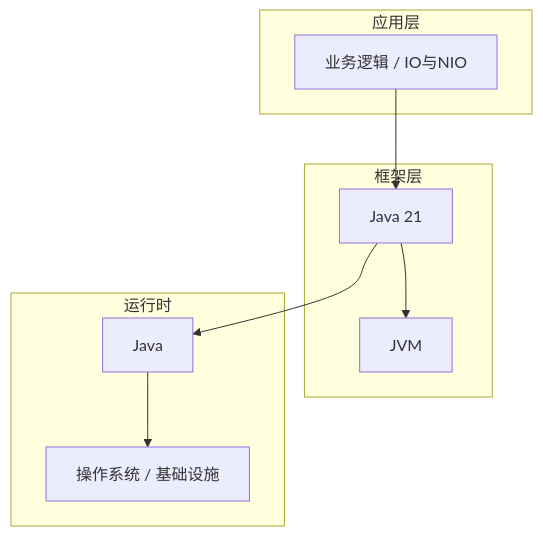
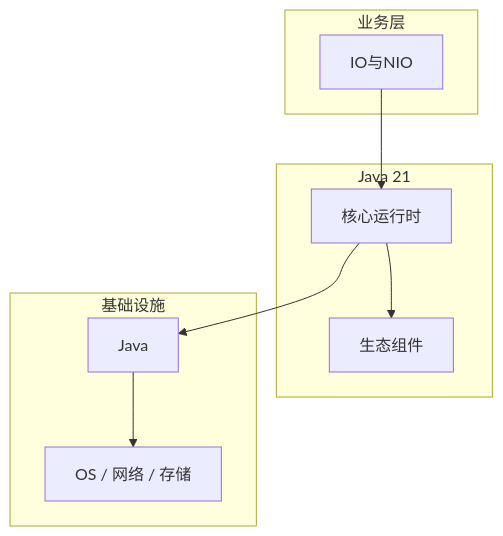
The diagram in articles/Java核心/chapters/071-IO与NIO核心概念与原理.md (yanggan2015/knowledge-json-v2), drawn with Mermaid before and after one commit. The commit also changed other lines of this file and 10127 other files, not shown here.

````diff
--- a/articles/Java核心/chapters/071-IO与NIO核心概念与原理.md
+++ b/articles/Java核心/chapters/071-IO与NIO核心概念与原理.md
@@ -45,18 +34,18 @@
 ```mermaid
 graph TB
-    subgraph 应用层
-        A[业务逻辑 / IO与NIO]
+    subgraph 业务层
+        A[IO与NIO]
     end
-    subgraph 框架层
-        B[Java 21]
-        C[JVM]
+    subgraph Java 21
+        B[核心运行时]
+        C[生态组件]
     end
-    subgraph 运行时
+    subgraph 基础设施
         D[Java]
-        E[操作系统 / 基础设施]
+        E[OS / 网络 / 存储]
     end
     A --> B
     B --> C
     B --> D
     D --> E
 ```
````
